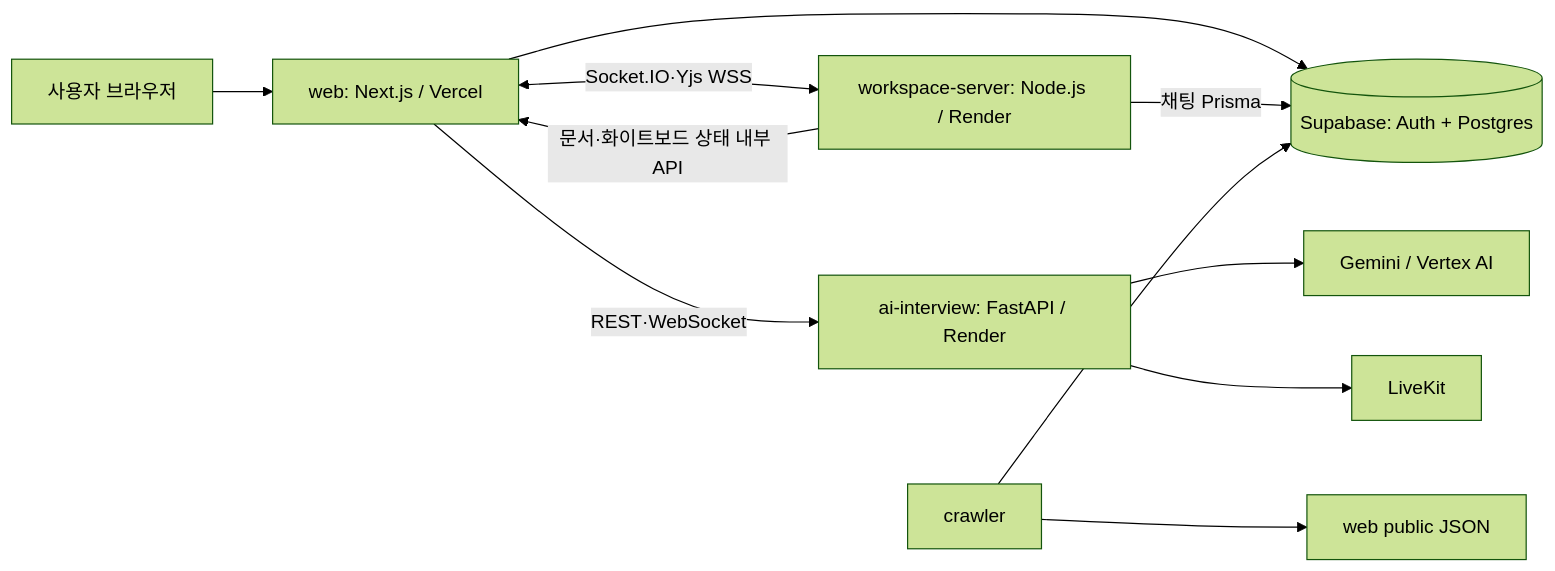
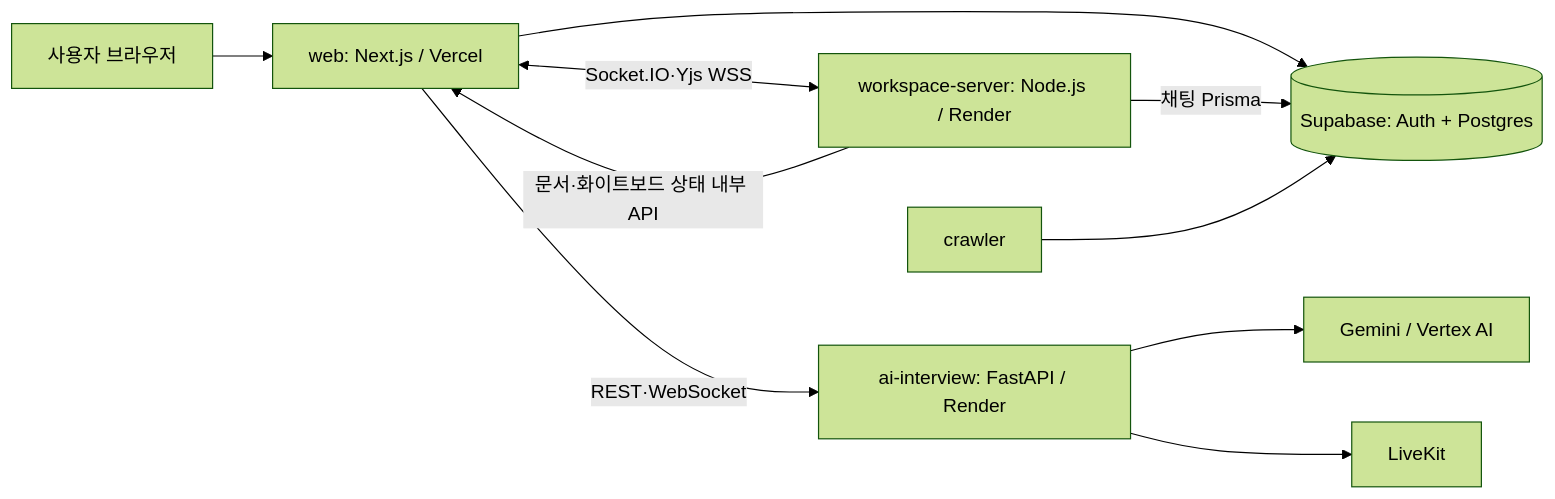
Before and after one commit to Buc-Capstone-Dibut/buc_Capstone_DEMO: the diagram in docs/PROJECT_REFERENCE.md, drawn with Mermaid (forest theme). The commit also changed other lines of this file and 13 other files, not shown here.

````diff
--- a/docs/PROJECT_REFERENCE.md
+++ b/docs/PROJECT_REFERENCE.md
@@ -31,13 +31,12 @@
 ```mermaid
 flowchart LR
     U[사용자 브라우저] --> W[web: Next.js / Vercel]
     W --> S[(Supabase: Auth + Postgres)]
     W -->|REST·WebSocket| I[ai-interview: FastAPI / Render]
     W <-->|Socket.IO·Yjs WSS| C[workspace-server: Node.js / Render]
     C -->|채팅 Prisma| S
     C -->|문서·화이트보드 상태 내부 API| W
     I --> G[Gemini / Vertex AI]
     I --> L[LiveKit]
     R[crawler] --> S
-    R --> J[web public JSON]
 ```
````
